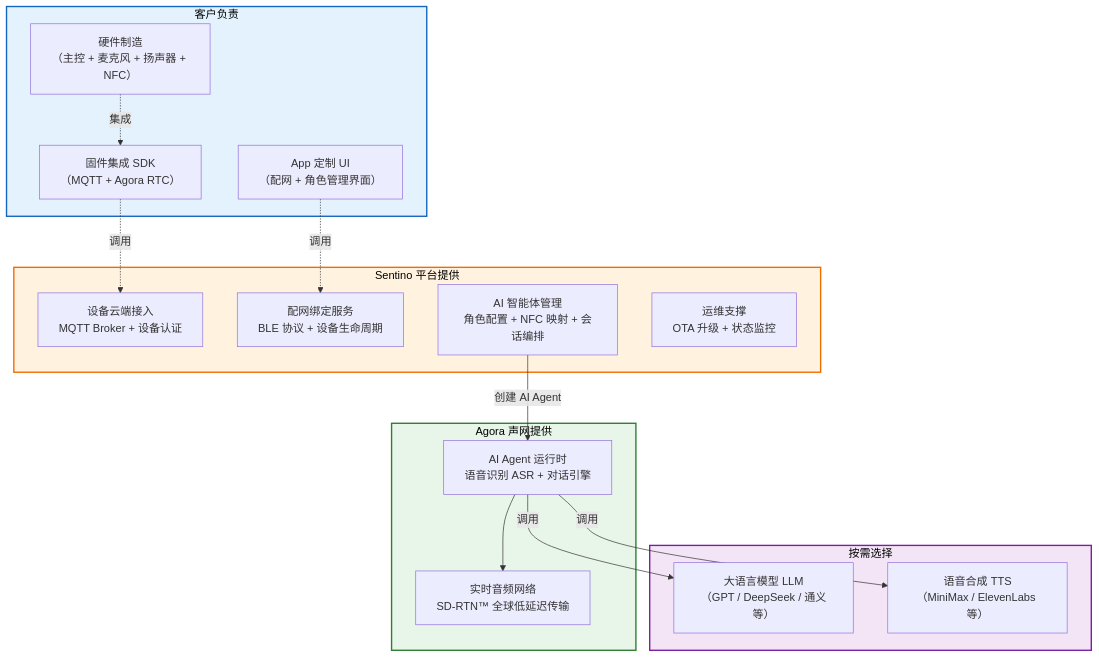
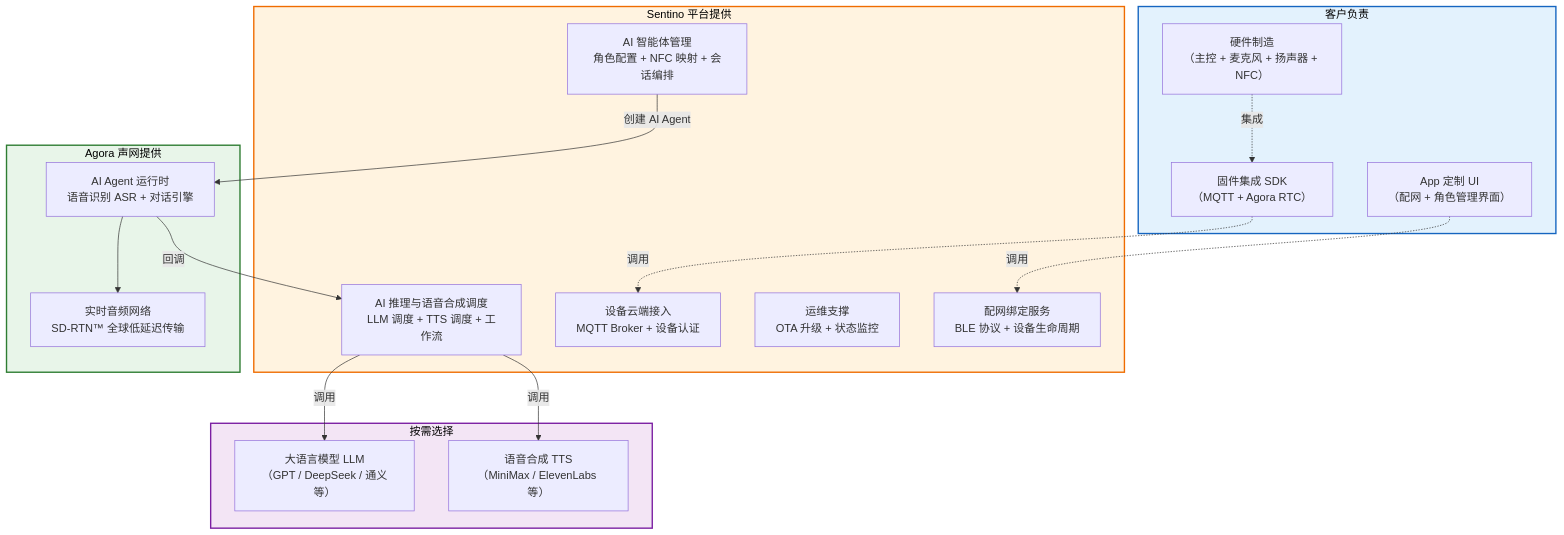
One commit to sentino-jp/iot-docs changed the first of 3 diagrams in architecture-overview.md. Above: the diagram before and after it, drawn with Mermaid. The commit also changed other lines of this file and 1 other file, not shown here.

First line of the commit message:
docs: Agora calls back to Sentino Agent for LLM/TTS, not directly

````diff
--- a/architecture-overview.md
+++ b/architecture-overview.md
@@ -22,38 +22,40 @@
 ```mermaid
 graph TB
     subgraph Customer["客户负责"]
         C1["硬件制造<br/>（主控 + 麦克风 + 扬声器 + NFC）"]
         C2["固件集成 SDK<br/>（MQTT + Agora RTC）"]
         C3["App 定制 UI<br/>（配网 + 角色管理界面）"]
     end
 
     subgraph Sentino["Sentino 平台提供"]
         S1["设备云端接入<br/>MQTT Broker + 设备认证"]
         S2["配网绑定服务<br/>BLE 协议 + 设备生命周期"]
         S3["AI 智能体管理<br/>角色配置 + NFC 映射 + 会话编排"]
         S4["运维支撑<br/>OTA 升级 + 状态监控"]
+        S5["AI 推理与语音合成调度<br/>LLM 调度 + TTS 调度 + 工作流"]
     end
 
     subgraph Agora["Agora 声网提供"]
         A1["实时音频网络<br/>SD-RTN™ 全球低延迟传输"]
         A2["AI Agent 运行时<br/>语音识别 ASR + 对话引擎"]
     end
 
     subgraph External["按需选择"]
         E1["大语言模型 LLM<br/>（GPT / DeepSeek / 通义等）"]
         E2["语音合成 TTS<br/>（MiniMax / ElevenLabs 等）"]
     end
 
     C1 -.->|"集成"| C2
     C2 -.->|"调用"| S1
     C3 -.->|"调用"| S2
     S3 -->|"创建 AI Agent"| A2
     A2 --> A1
-    A2 -->|"调用"| E1
-    A2 -->|"调用"| E2
+    A2 -->|"回调"| S5
+    S5 -->|"调用"| E1
+    S5 -->|"调用"| E2
 
     style Customer fill:#E3F2FD,stroke:#1565C0,stroke-width:2px,color:#000
     style Sentino fill:#FFF3E0,stroke:#EF6C00,stroke-width:2px,color:#000
     style Agora fill:#E8F5E9,stroke:#2E7D32,stroke-width:2px,color:#000
     style External fill:#F3E5F5,stroke:#7B1FA2,stroke-width:2px,color:#000
 ```
````
